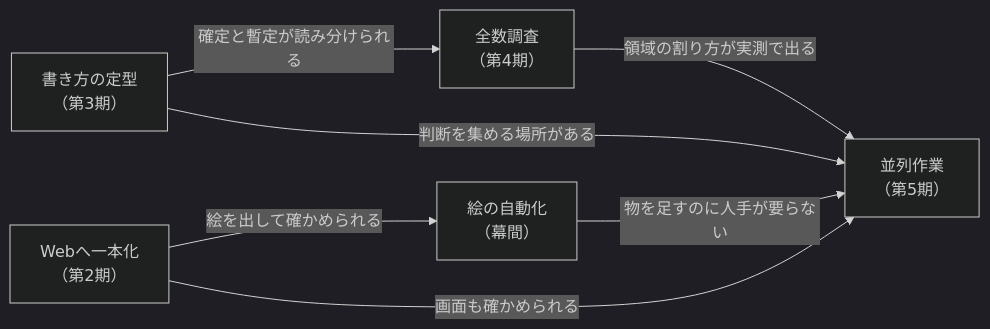
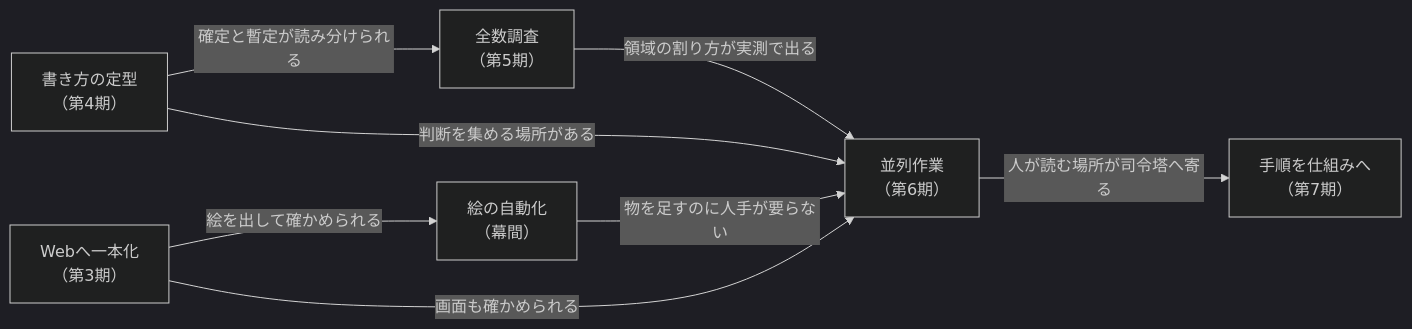
The second of 2 diagrams in docs/HowWeGotHere.md (gooyyu1/UnmappedIsland), drawn with Mermaid (dark theme) before and after one commit. The commit also changed other lines of this file and 1 other file, not shown here.

````diff
--- a/docs/HowWeGotHere.md
+++ b/docs/HowWeGotHere.md
@@ -171,9 +257,10 @@
 ```mermaid
 flowchart LR
-    A["Webへ一本化<br/>（第2期）"] -->|"絵を出して確かめられる"| E["絵の自動化<br/>（幕間）"]
-    B["書き方の定型<br/>（第3期）"] -->|"確定と暫定が読み分けられる"| C["全数調査<br/>（第4期）"]
-    C -->|"領域の割り方が実測で出る"| D["並列作業<br/>（第5期）"]
+    A["Webへ一本化<br/>（第3期）"] -->|"絵を出して確かめられる"| E["絵の自動化<br/>（幕間）"]
+    B["書き方の定型<br/>（第4期）"] -->|"確定と暫定が読み分けられる"| C["全数調査<br/>（第5期）"]
+    C -->|"領域の割り方が実測で出る"| D["並列作業<br/>（第6期）"]
     A -->|"画面も確かめられる"| D
     B -->|"判断を集める場所がある"| D
     E -->|"物を足すのに人手が要らない"| D
+    D -->|"人が読む場所が司令塔へ寄る"| F["手順を仕組みへ<br/>（第7期）"]
 ```
````
